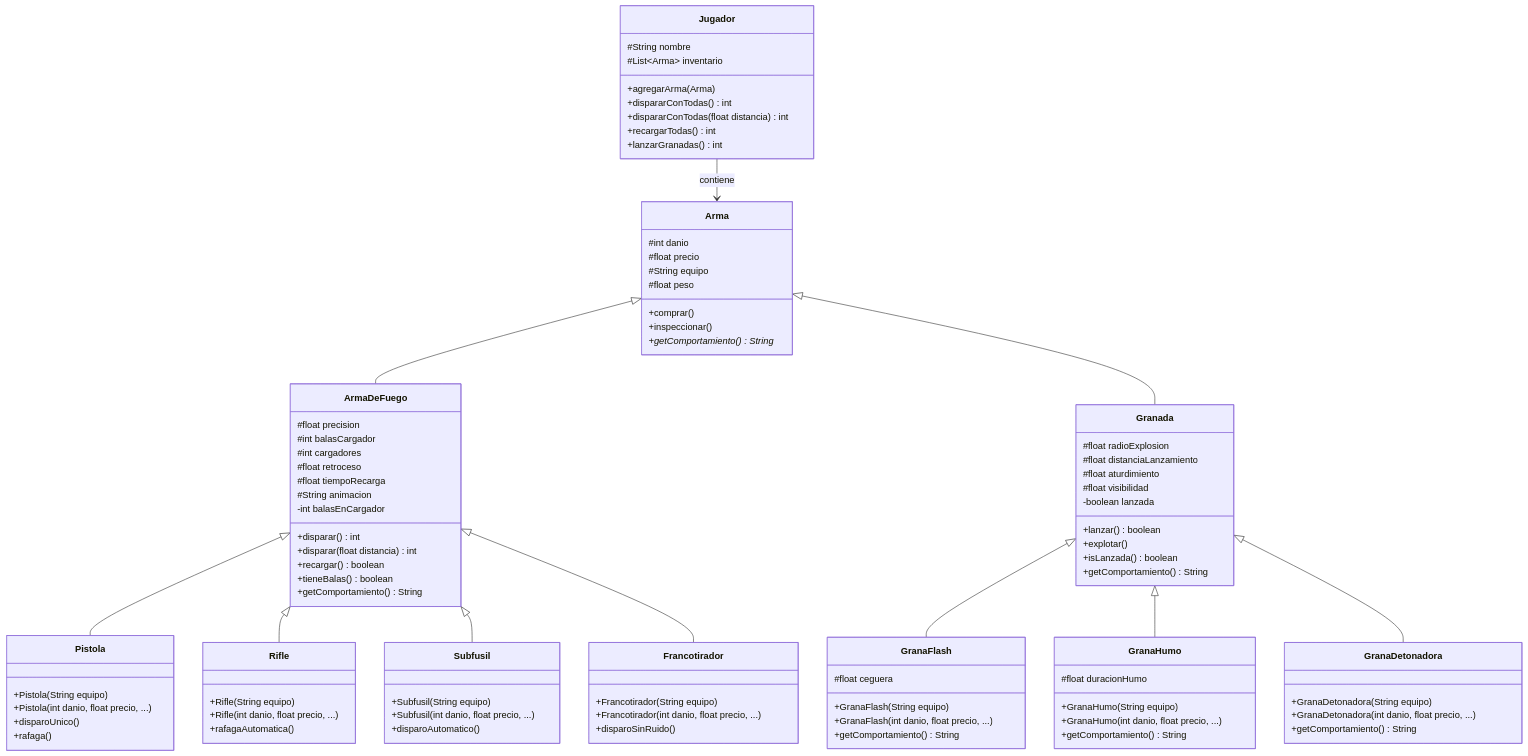
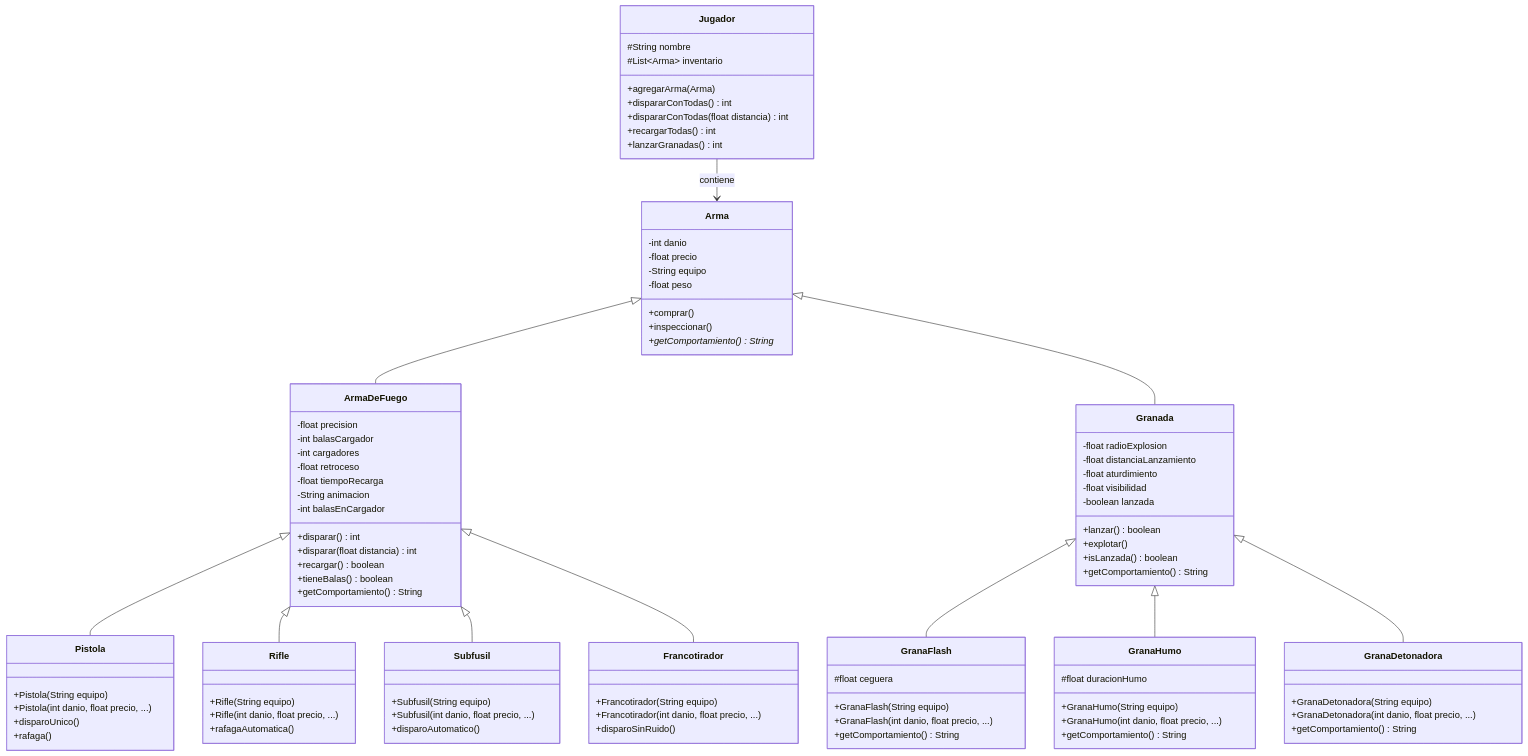
The first of 2 diagrams in README.md (LTP22/ltauber-tp-lp3-2026), drawn with Mermaid before and after one commit. The commit also changed other lines of this file and 1 other file, not shown here.

Commit message:
docs: usar hash completo en los enlaces a commits y corregir README desactualizado (atributos private, Granada ya no abstracta)

```diff
--- a/README.md
+++ b/README.md
@@ -50,22 +50,22 @@
     }
 
     class Arma {
-        #int danio
-        #float precio
-        #String equipo
-        #float peso
+        -int danio
+        -float precio
+        -String equipo
+        -float peso
         +comprar()
         +inspeccionar()
         +getComportamiento()* String
     }
 
     class ArmaDeFuego {
-        #float precision
-        #int balasCargador
-        #int cargadores
-        #float retroceso
-        #float tiempoRecarga
-        #String animacion
+        -float precision
+        -int balasCargador
+        -int cargadores
+        -float retroceso
+        -float tiempoRecarga
+        -String animacion
         -int balasEnCargador
         +disparar() int
         +disparar(float distancia) int
@@ -100,10 +100,10 @@
     }
 
     class Granada {
-        #float radioExplosion
-        #float distanciaLanzamiento
-        #float aturdimiento
-        #float visibilidad
+        -float radioExplosion
+        -float distanciaLanzamiento
+        -float aturdimiento
+        -float visibilidad
         -boolean lanzada
         +lanzar() boolean
         +explotar()
```
